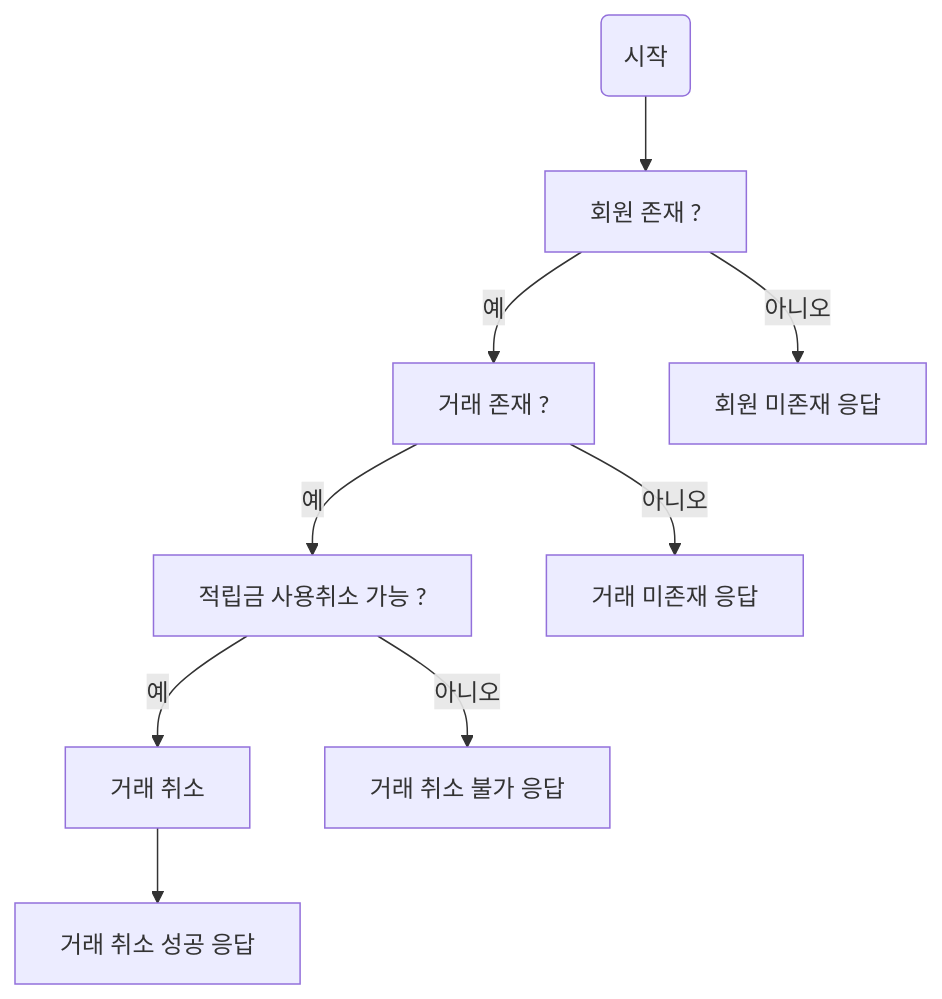
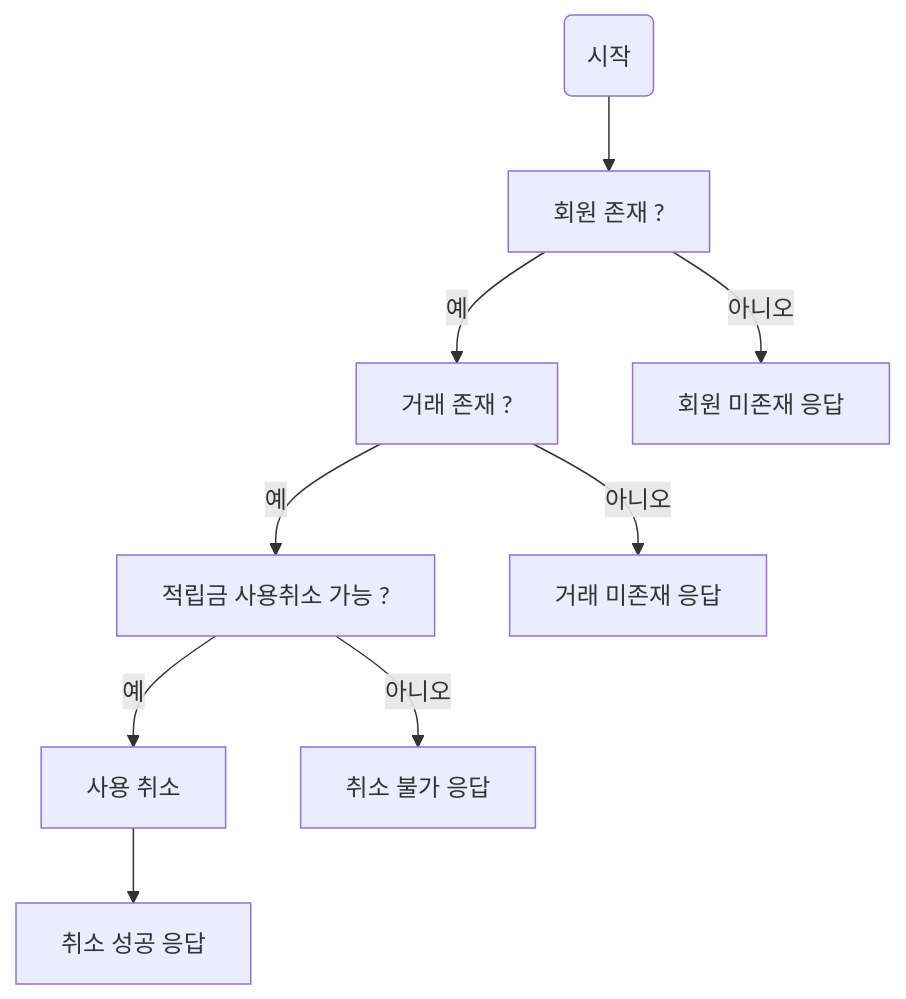
Before and after one commit to MJbae/reserve-management-system: the fifth of 5 diagrams in README.md, drawn with Mermaid. The commit also changed other lines of this file, not shown here.

````diff
--- a/README.md
+++ b/README.md
@@ -81,11 +84,11 @@
     ```mermaid
     graph TB
     시작(시작) --> 회원존재여부[회원 존재 ?]
     회원존재여부 -->|예| 거래존재확인[거래 존재 ?]
     회원존재여부 -->|아니오| 회원미존재예외[회원 미존재 응답]
     거래존재확인 -->|예| 거래취소가능여부[적립금 사용취소 가능 ?]
     거래존재확인 -->|아니오| 거래존재안함[거래 미존재 응답]
-    거래취소가능여부 -->|예| 거래취소가능[거래 취소]
-    거래취소가능여부 -->|아니오| 거래취소불가[거래 취소 불가 응답]
-    거래취소가능 --> 거래취소성공응답[거래 취소 성공 응답]
+    거래취소가능여부 -->|예| 거래취소가능[사용 취소]
+    거래취소가능여부 -->|아니오| 거래취소불가[취소 불가 응답]
+    거래취소가능 --> 거래취소성공응답[취소 성공 응답]
     ```
````
